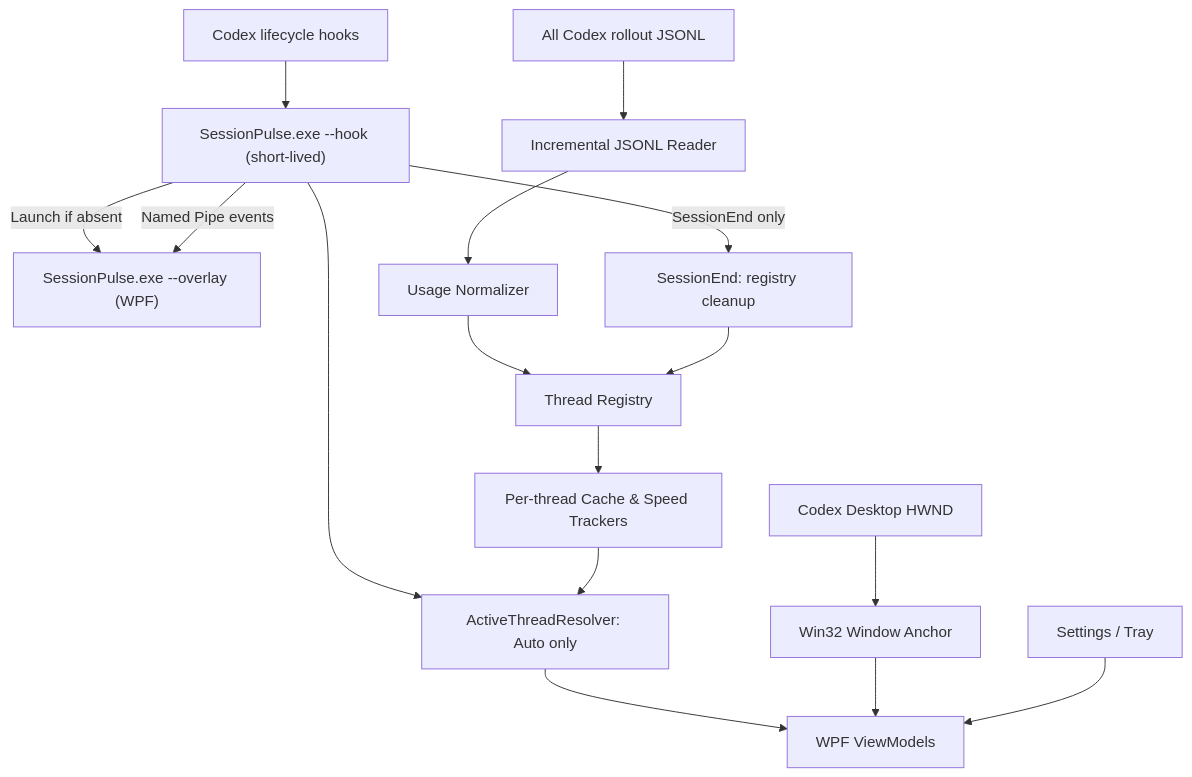
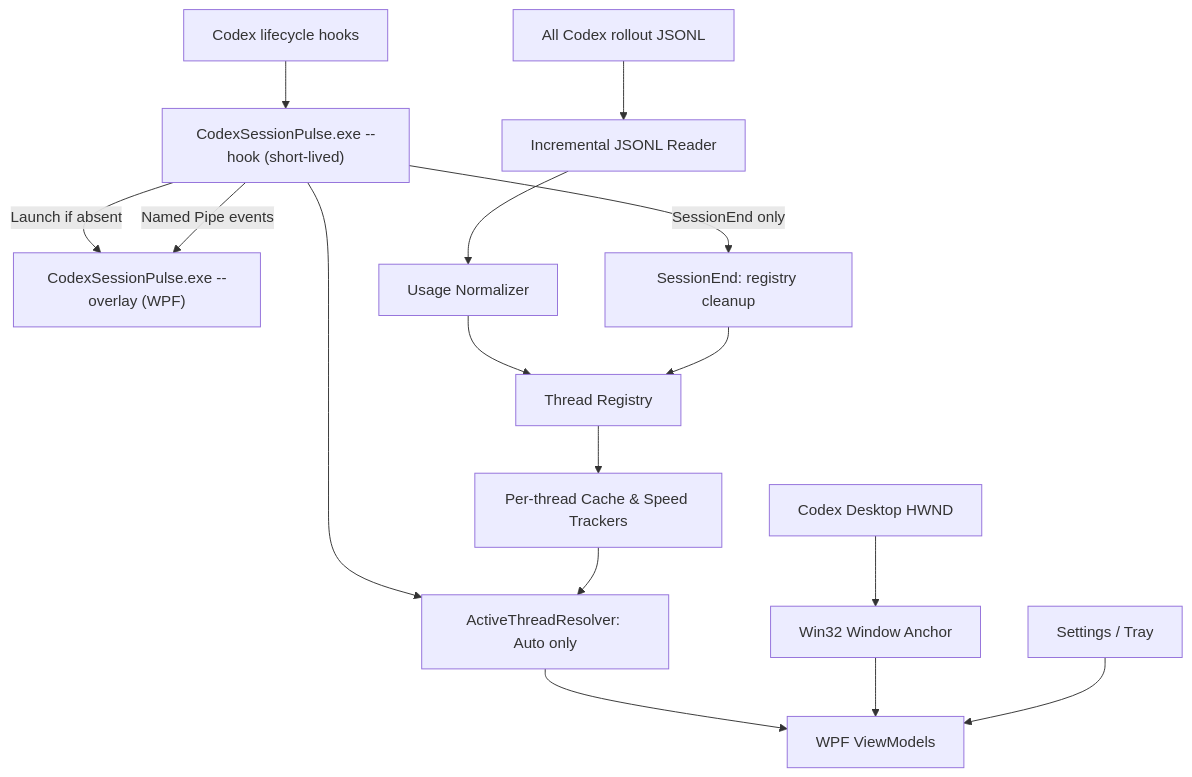
One commit to dlin10/ai-coding-plugins changed the diagram in plugins/codex-session-pulse/docs/spec.md. Above: the diagram before and after it, drawn with Mermaid. The commit also changed other lines of this file, not shown here.

Commit message:
docs(codex-session-pulse): fix exe name and ThreadRegistry type in the spec

````diff
--- a/plugins/codex-session-pulse/docs/spec.md
+++ b/plugins/codex-session-pulse/docs/spec.md
@@ -132,18 +132,18 @@
 ```mermaid
 flowchart TD
-    K["Codex lifecycle hooks"] --> L["SessionPulse.exe --hook (short-lived)"]
-    L -->|"Launch if absent"| O["SessionPulse.exe --overlay (WPF)"]
+    K["Codex lifecycle hooks"] --> L["CodexSessionPulse.exe --hook (short-lived)"]
+    L -->|"Launch if absent"| O["CodexSessionPulse.exe --overlay (WPF)"]
     L -->|"Named Pipe events"| O
     J["All Codex rollout JSONL"] --> W["Incremental JSONL Reader"]
     W --> N["Usage Normalizer"]
     N --> S["Thread Registry"]
     S --> C["Per-thread Cache & Speed Trackers"]
     L -->|"SessionEnd only"| E["SessionEnd: registry cleanup"]
     E --> S
     L --> R["ActiveThreadResolver: Auto only"]
     C --> R
     R --> VM["WPF ViewModels"]
     H["Codex Desktop HWND"] --> A["Win32 Window Anchor"]
     A --> VM
     P["Settings / Tray"] --> VM
 ```
````
